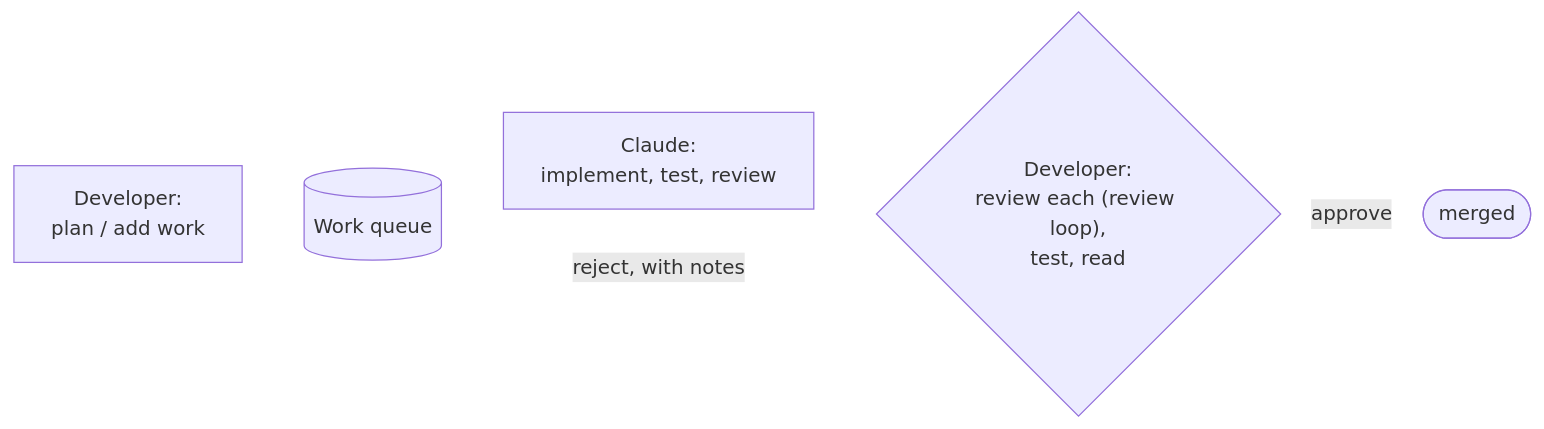
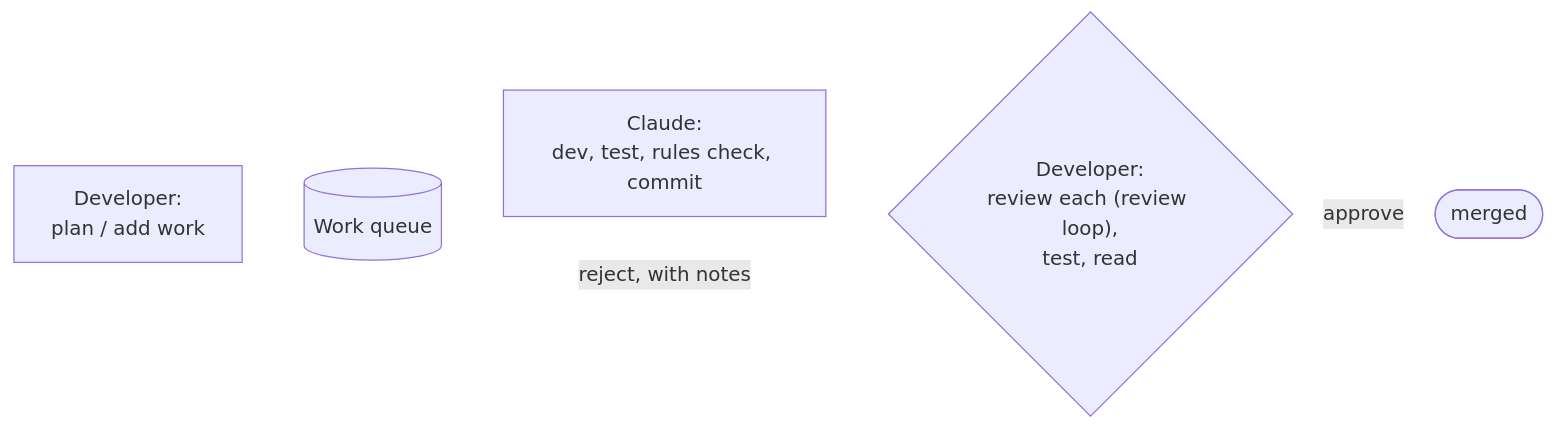
One commit to ashleydavis/playbook changed the first of 2 diagrams in handbook.md. Above: the diagram before and after it, drawn with Mermaid. The commit also changed other lines of this file and 76 other files, not shown here.

````diff
--- a/handbook.md
+++ b/handbook.md
@@ -15,10 +15,10 @@
 ```mermaid
 %%{init: {'themeVariables': {'lineColor': '#ffffff'}, 'themeCSS': '.edgeLabel p { padding: 4px 8px; }'}}%%
 flowchart LR
     DEV["Developer:<br/>plan / add work"] --> Q[("Work queue")]
-    Q --> AI["Claude:<br/>implement, test, review"]
+    Q --> AI["Claude:<br/>dev, test, rules check, commit"]
     AI --> REV{"Developer:<br/>review each (review loop),<br/>test, read"}
     REV -->|approve| DONE(["merged"])
     REV -->|reject, with notes| Q
     linkStyle default stroke:#ffffff,stroke-width:2px
 ```
````
